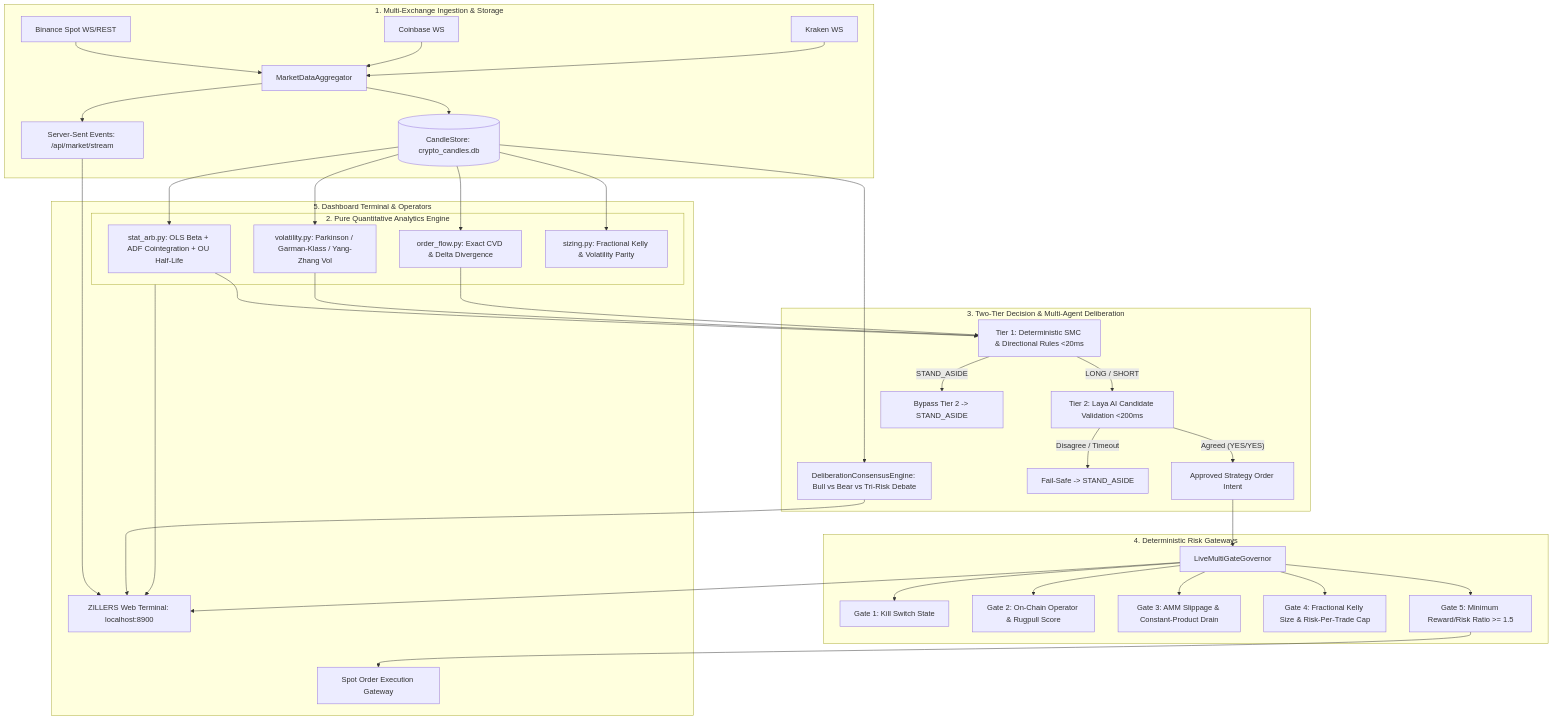
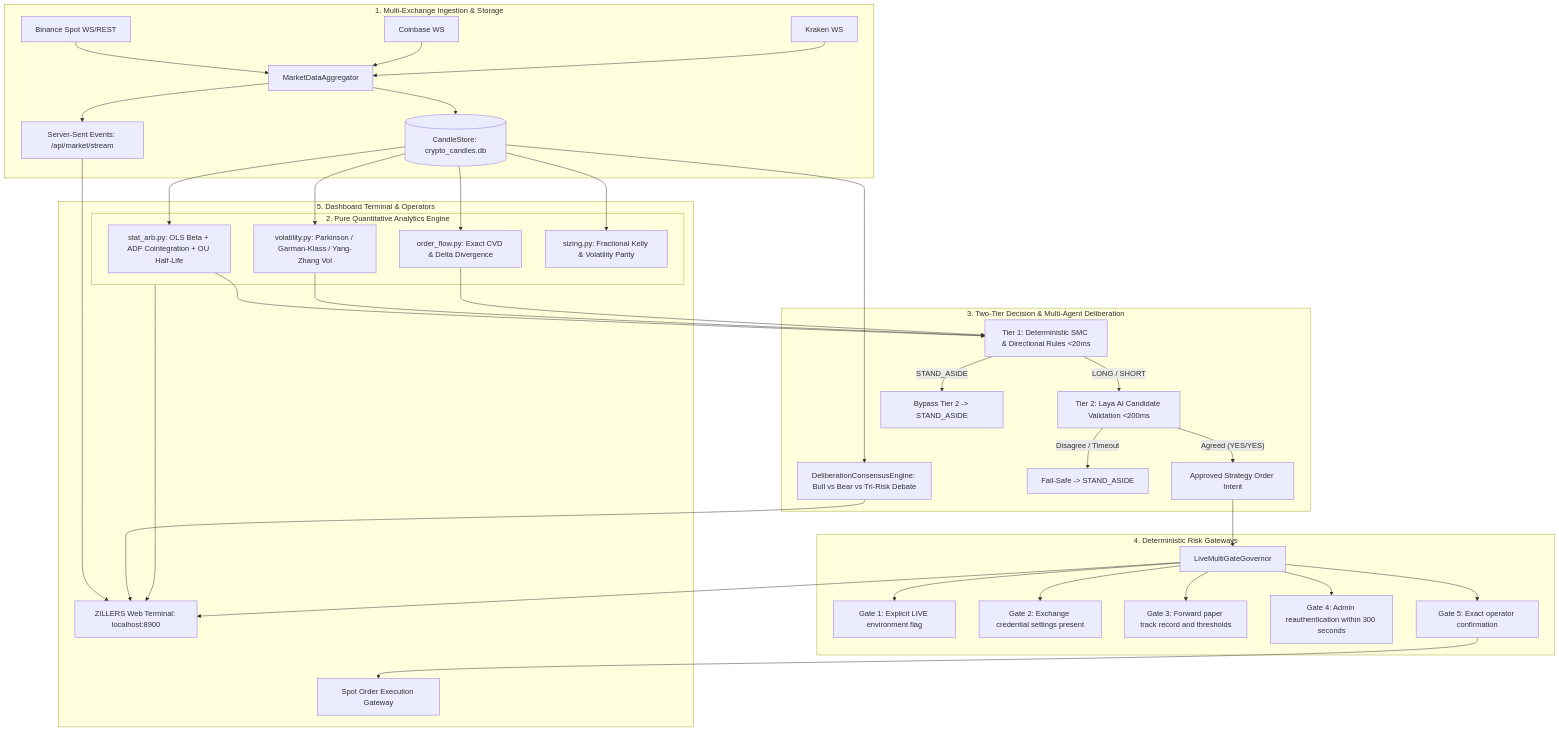
The diagram in ZILLERS_QUANT_ARCHITECTURE.md (ekanth14/Ziller), drawn with Mermaid before and after one commit. The commit also changed other lines of this file and 1 other file, not shown here.

````diff
--- a/ZILLERS_QUANT_ARCHITECTURE.md
+++ b/ZILLERS_QUANT_ARCHITECTURE.md
@@ -144,41 +144,41 @@
 ```mermaid
 flowchart TD
     subgraph MarketDataLayer [1. Multi-Exchange Ingestion & Storage]
         BIN[Binance Spot WS/REST] --> AGG[MarketDataAggregator]
         CB[Coinbase WS] --> AGG
         KRK[Kraken WS] --> AGG
         AGG --> CS[(CandleStore: crypto_candles.db)]
         AGG --> SSE[Server-Sent Events: /api/market/stream]
     end
 
     subgraph QuantEngineLayer [2. Pure Quantitative Analytics Engine]
         CS --> SA[stat_arb.py: OLS Beta + ADF Cointegration + OU Half-Life]
         CS --> VOL[volatility.py: Parkinson / Garman-Klass / Yang-Zhang Vol]
         CS --> OF[order_flow.py: Exact CVD & Delta Divergence]
         CS --> SIZ[sizing.py: Fractional Kelly & Volatility Parity]
     end
 
     subgraph DecisionLayer [3. Two-Tier Decision & Multi-Agent Deliberation]
         SA & VOL & OF --> T1[Tier 1: Deterministic SMC & Directional Rules <20ms]
         T1 -- "LONG / SHORT" --> T2[Tier 2: Laya AI Candidate Validation <200ms]
         T1 -- "STAND_ASIDE" --> BYP[Bypass Tier 2 -> STAND_ASIDE]
         T2 -- "Agreed (YES/YES)" --> DEC[Approved Strategy Order Intent]
         T2 -- "Disagree / Timeout" --> FAIL[Fail-Safe -> STAND_ASIDE]
         
         CS --> MAD[DeliberationConsensusEngine: Bull vs Bear vs Tri-Risk Debate]
     end
 
     subgraph RiskGovernanceLayer [4. Deterministic Risk Gateways]
         DEC --> RG[LiveMultiGateGovernor]
-        RG --> G1[Gate 1: Kill Switch State]
-        RG --> G2[Gate 2: On-Chain Operator & Rugpull Score]
-        RG --> G3[Gate 3: AMM Slippage & Constant-Product Drain]
-        RG --> G4[Gate 4: Fractional Kelly Size & Risk-Per-Trade Cap]
-        RG --> G5[Gate 5: Minimum Reward/Risk Ratio >= 1.5]
+        RG --> G1[Gate 1: Explicit LIVE environment flag]
+        RG --> G2[Gate 2: Exchange credential settings present]
+        RG --> G3[Gate 3: Forward paper track record and thresholds]
+        RG --> G4[Gate 4: Admin reauthentication within 300 seconds]
+        RG --> G5[Gate 5: Exact operator confirmation]
     end
 
     subgraph TerminalPresentationLayer [5. Dashboard Terminal & Operators]
         G5 --> EX[Spot Order Execution Gateway]
         SSE & RG & MAD & QuantEngineLayer --> UI[ZILLERS Web Terminal: localhost:8900]
     end
 ```
````
